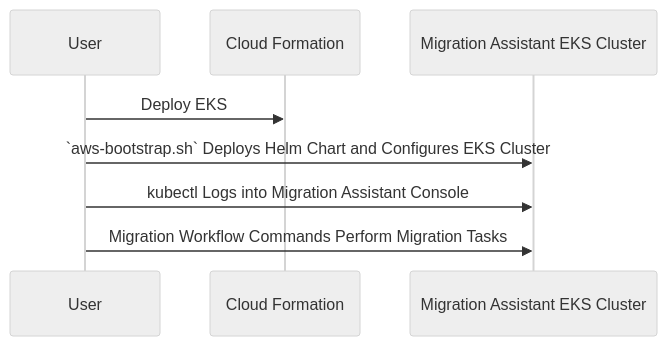
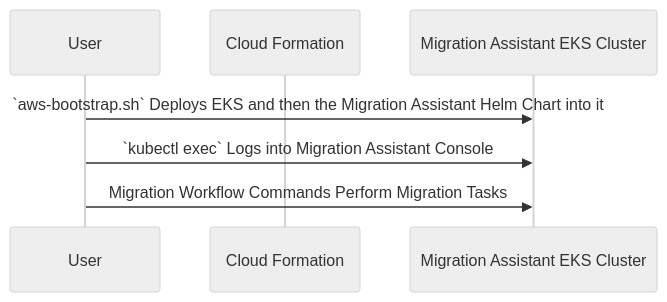
One commit to opensearch-project/opensearch-migrations changed the second of 2 diagrams in deployment/migration-assistant-solution/README.md. Above: the diagram before and after it, drawn with Mermaid (neutral theme). The commit also changed 2 other files, not shown here.

Commit message:
Minor touchup for the changes to the aws-bootstrap script, including the cfn integ test pipeline invocations.

````diff
--- a/deployment/migration-assistant-solution/README.md
+++ b/deployment/migration-assistant-solution/README.md
@@ -43,11 +43,10 @@
 ```mermaid
 sequenceDiagram
     participant User
     participant Cfn as Cloud Formation
     participant MA as Migration Assistant EKS Cluster
 
-    User ->> Cfn: Deploy EKS
-    User ->> MA: `aws-bootstrap.sh` Deploys Helm Chart and Configures EKS Cluster 
-    User ->> MA: kubectl Logs into Migration Assistant Console
+    User ->> MA: `aws-bootstrap.sh` Deploys EKS and then the Migration Assistant Helm Chart into it 
+    User ->> MA: `kubectl exec` Logs into Migration Assistant Console
     User ->> MA: Migration Workflow Commands Perform Migration Tasks
 ```
````
